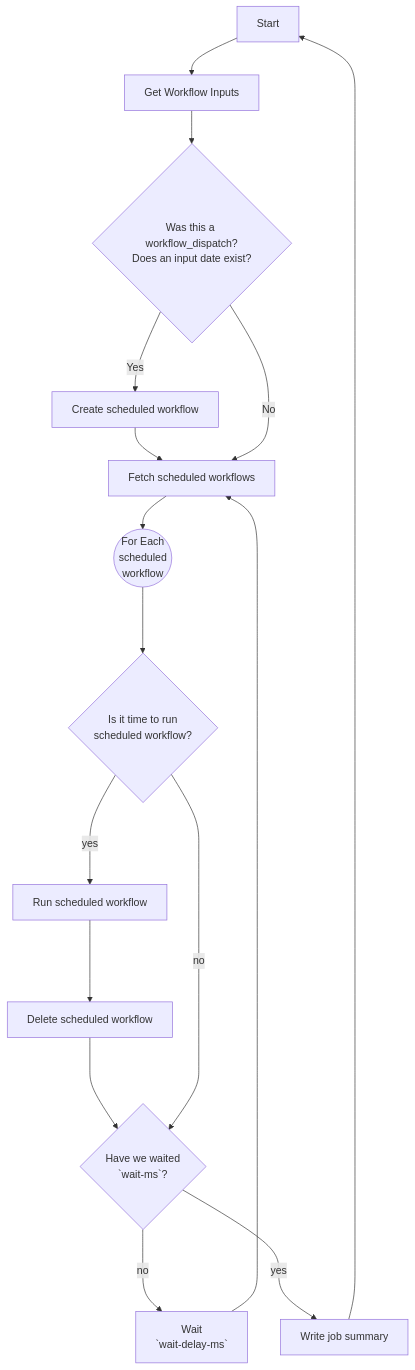
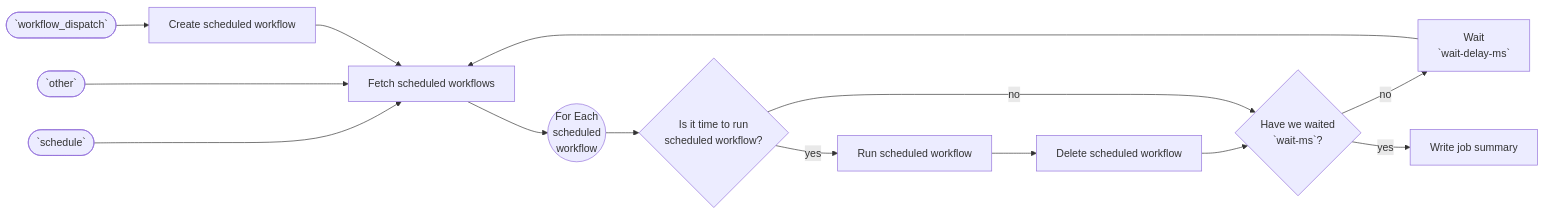
One commit to austenstone/schedule changed the diagram in README.md. Above: the diagram before and after it, drawn with Mermaid.

````diff
--- a/README.md
+++ b/README.md
@@ -10,18 +10,16 @@
 ```mermaid
-graph TD
-    A[Start] --> B[Get Workflow Inputs]
-    B --> G{Was this a workflow_dispatch?\nDoes an input date exist?}
-    G -->|Yes| H[Create scheduled workflow]
-    H --> I
-    G -->|No| I[Fetch scheduled workflows]
+flowchart LR
+    A([`workflow_dispatch`]) --> H[Create scheduled workflow]
+    W([`schedule`]) ---> I
+    B([`other`]) ---> I
+    H --> I[Fetch scheduled workflows]
     I --> P((For Each\nscheduled\nworkflow))
-    P ---> Q{Is it time to run\nscheduled workflow?}
-    Q ---> |yes| R[Run scheduled workflow]
-    R ---> S[Delete scheduled workflow]
-    S ---> V{Have we waited\n`wait-ms`?}
-    V ---> |no| T[Wait\n`wait-delay-ms`]
-    V ---> |yes| U[Write job summary]
-    Q ---> |no| V
-    U --> A
-    T ---> I
+    P --> Q{Is it time to run\nscheduled workflow?}
+    Q --> |yes| R[Run scheduled workflow]
+    R --> S[Delete scheduled workflow]
+    S --> V{Have we waited\n`wait-ms`?}
+    V --> |no| T[Wait\n`wait-delay-ms`]
+    T --> I
+    V --> |yes| U[Write job summary]
+    Q --> |no| V
 ```
````
